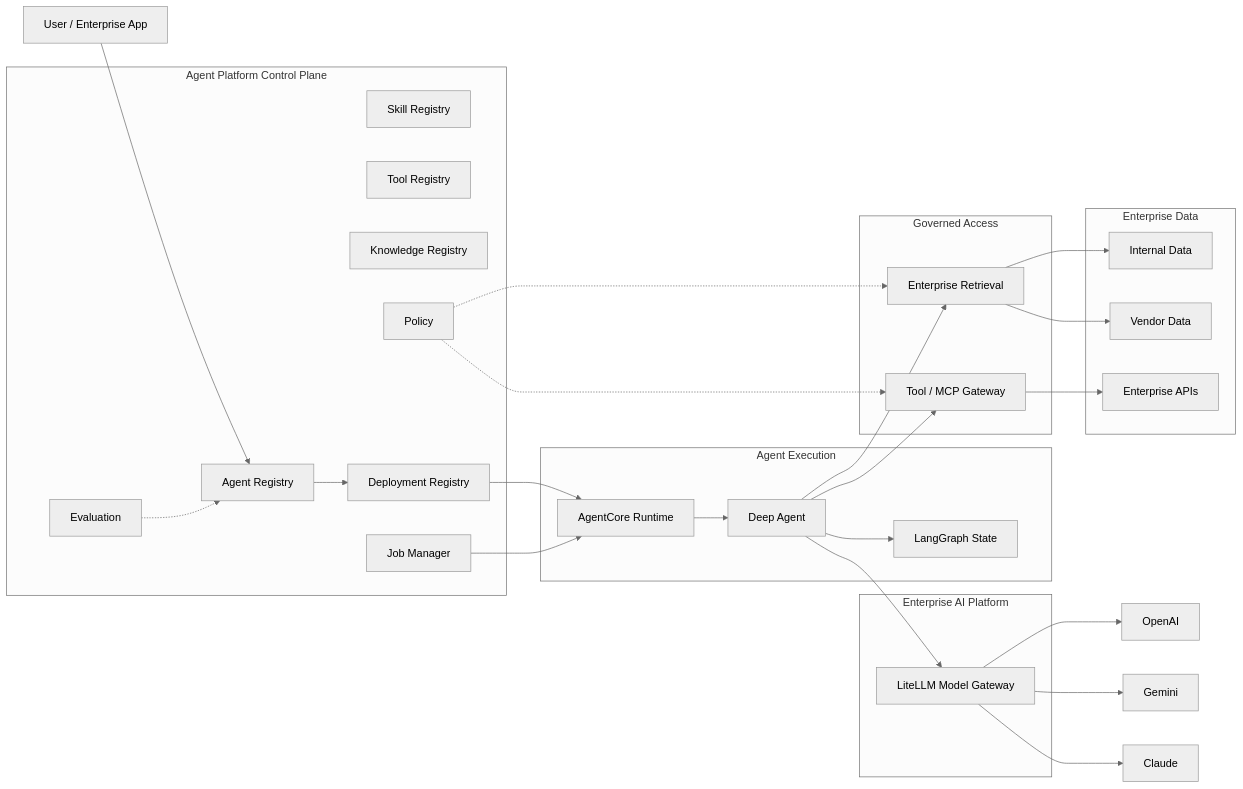
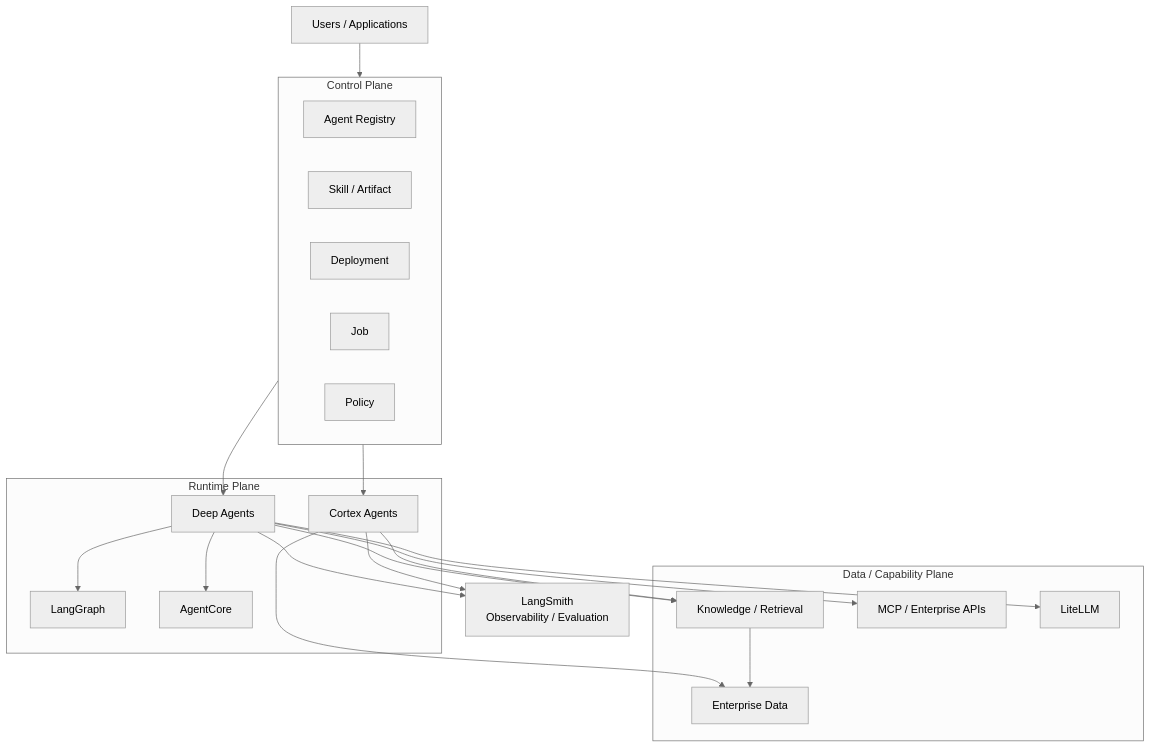
One commit to devweekly/devweekly.github.io changed the second of 4 diagrams in temp/agent研究.md. Above: the diagram before and after it, drawn with Mermaid (neutral theme). The commit also changed other lines of this file and 2 other files, not shown here.

````diff
--- a/temp/agent研究.md
+++ b/temp/agent研究.md
@@ -1386,61 +371,49 @@
 ```mermaid
-flowchart LR
+flowchart TB
 
-    USER[User / Enterprise App]
+    U[Users / Applications]
 
-    subgraph CONTROL["Agent Platform Control Plane"]
-        AR[Agent Registry]
-        SR[Skill Registry]
-        TR[Tool Registry]
-        KR[Knowledge Registry]
-        DR[Deployment Registry]
+    subgraph CP["Control Plane"]
+        AG[Agent Registry]
+        SK[Skill / Artifact]
+        DEP[Deployment]
+        JOB[Job]
         POL[Policy]
-        EV[Evaluation]
-        JOB[Job Manager]
     end
 
-    subgraph EXEC["Agent Execution"]
-        AC[AgentCore Runtime]
-        DA[Deep Agent]
-        LG[LangGraph State]
+    subgraph RP["Runtime Plane"]
+        DA[Deep Agents]
+        LG[LangGraph]
+        AC[AgentCore]
+        SF[Cortex Agents]
     end
 
-    subgraph ACCESS["Governed Access"]
-        GW[Tool / MCP Gateway]
-        RET[Enterprise Retrieval]
+    subgraph DP["Data / Capability Plane"]
+        K[Knowledge / Retrieval]
+        MCP[MCP / Enterprise APIs]
+        LLM[LiteLLM]
+        DATA[Enterprise Data]
     end
 
-    subgraph MODEL["Enterprise AI Platform"]
-        LLM[LiteLLM Model Gateway]
-    end
+    OBS[LangSmith<br/>Observability / Evaluation]
 
-    subgraph DATA["Enterprise Data"]
-        IDB[Internal Data]
-        VDB[Vendor Data]
-        API[Enterprise APIs]
-    end
+    U --> CP
 
-    USER --> AR
-    AR --> DR
+    CP --> DA
+    CP --> SF
 
-    DR --> AC
-    AC --> DA
     DA --> LG
+    DA --> AC
 
-    DA --> GW
-    DA --> RET
+    DA --> K
+    DA --> MCP
     DA --> LLM
 
-    GW --> API
-    RET --> IDB
-    RET --> VDB
+    SF --> K
+    SF --> DATA
 
-    LLM --> OPENAI[OpenAI]
-    LLM --> GEMINI[Gemini]
-    LLM --> CLAUDE[Claude]
+    K --> DATA
 
-    EV -.-> AR
-    POL -.-> GW
-    POL -.-> RET
-    JOB --> AC
+    DA --> OBS
+    SF --> OBS
 ```
````
